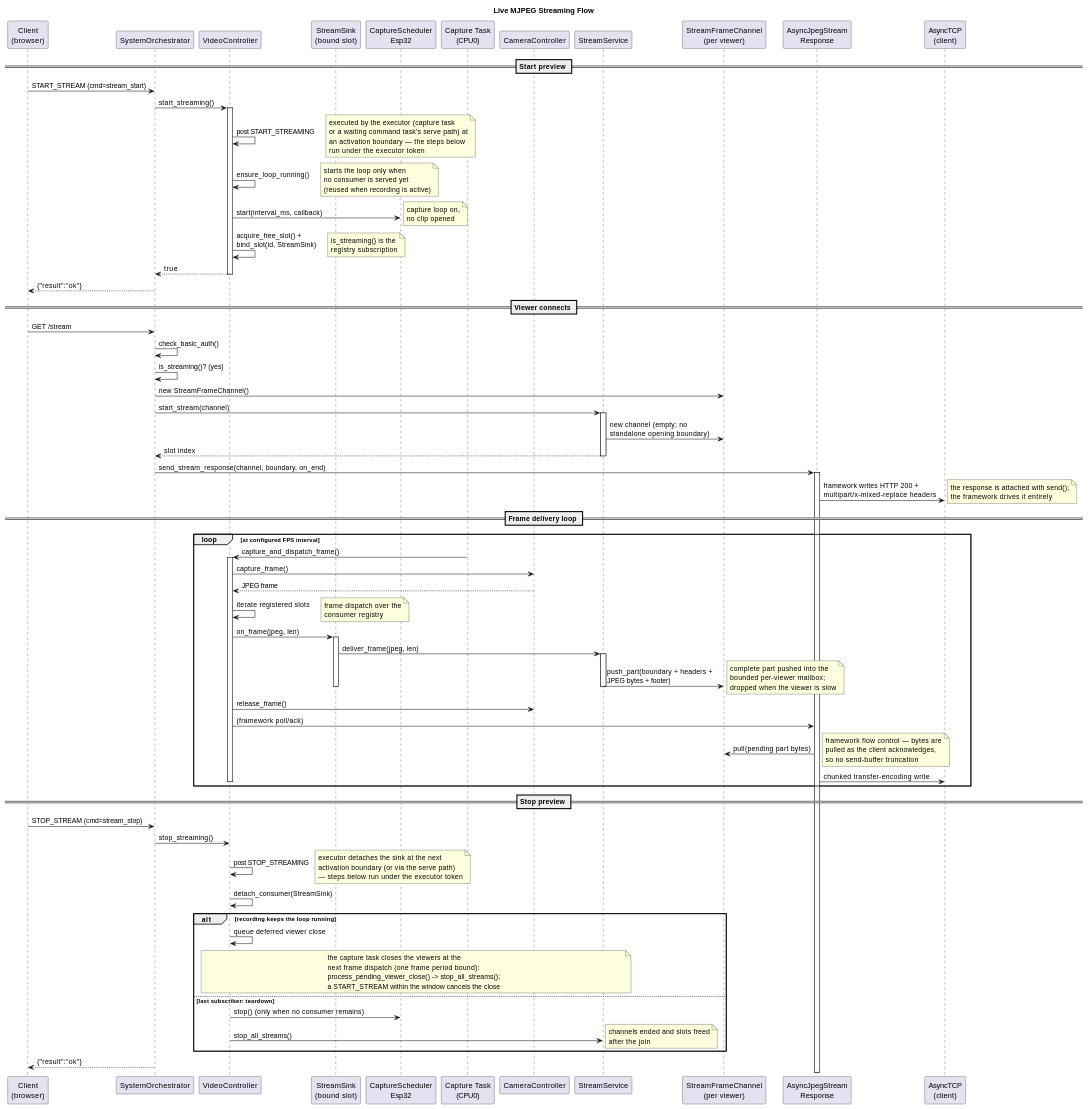
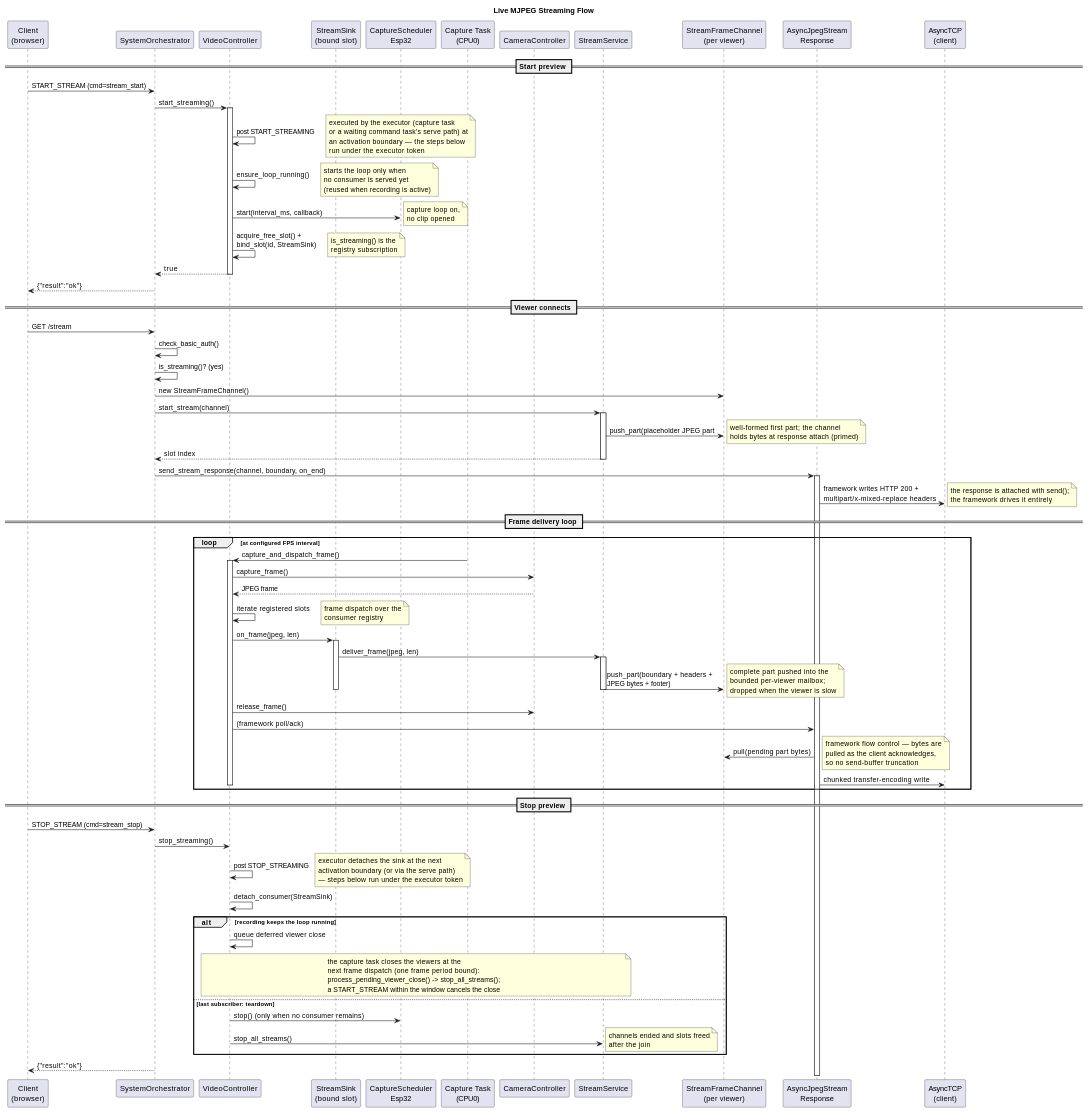
One commit to timwalsh41/micro-security-cam changed the eighth of 9 diagrams in docs/SYSTEM_DESIGN.md. Above: the diagram before and after it, drawn with PlantUML. The commit also changed other lines of this file and 4 other files, not shown here.

```diff
--- a/docs/SYSTEM_DESIGN.md
+++ b/docs/SYSTEM_DESIGN.md
@@ -1920,7 +1920,8 @@
 ORCH -> CH : new StreamFrameChannel()
 ORCH -> SS : start_stream(channel)
 activate SS
-SS -> CH : new channel (empty; no\nstandalone opening boundary)
+SS -> CH : push_part(placeholder JPEG part
+note right: well-formed first part; the channel\nholds bytes at response attach (primed)
 SS --> ORCH : slot index
 deactivate SS
 ORCH -> RESP : send_stream_response(channel, boundary, on_end)
```
